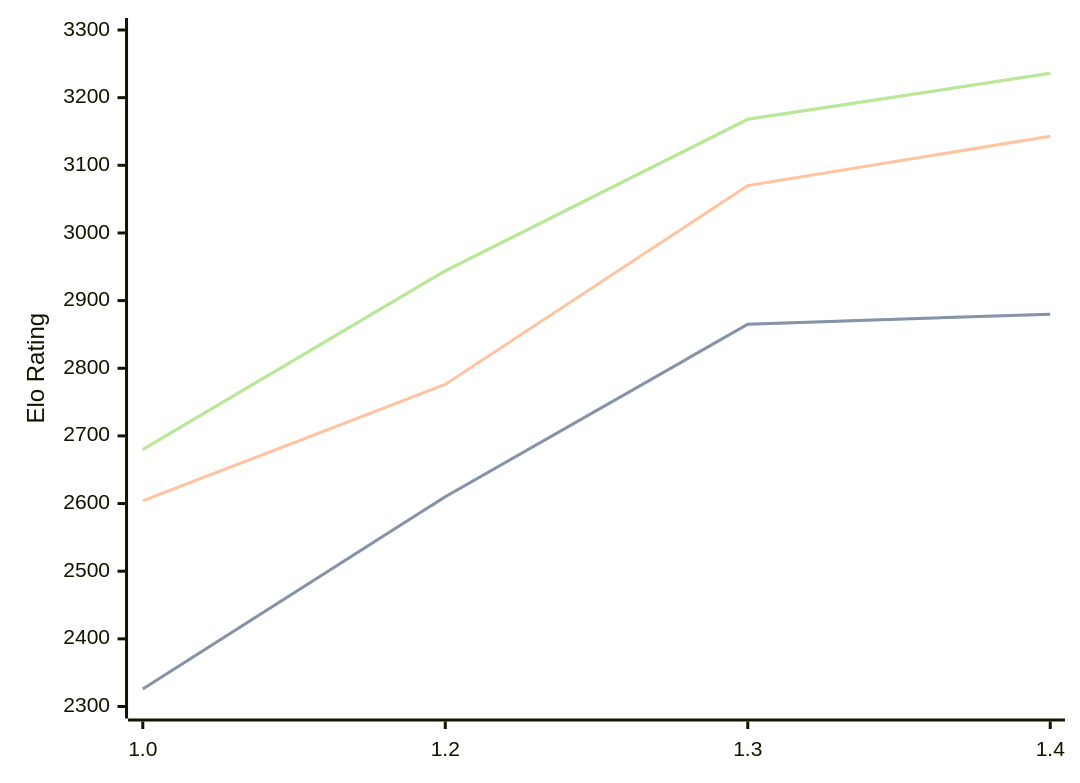
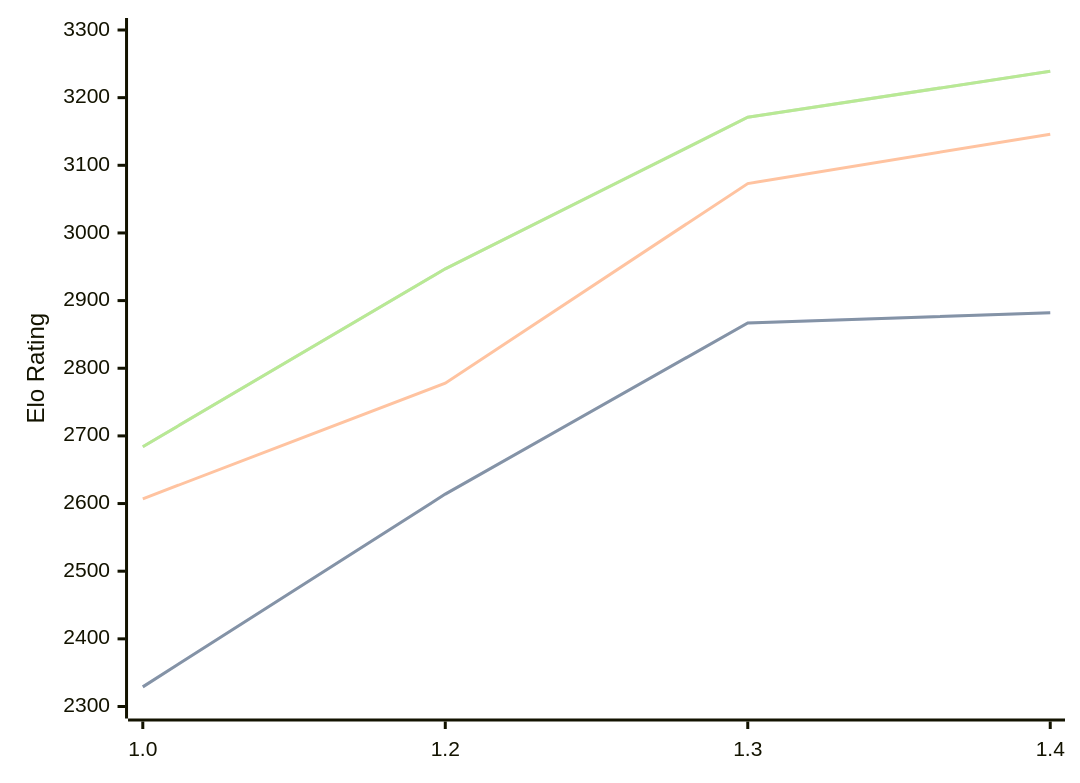
One commit to computer-chess-index/cci changed the diagram in engines/Chessnix.md. Above: the diagram before and after it, drawn with Mermaid. The commit also changed other lines of this file, not shown here.

Commit message:
Update CCI Ratings (ELO VLTC) - 2026-09-24

````diff
--- a/engines/Chessnix.md
+++ b/engines/Chessnix.md
@@ -34,11 +34,11 @@
 ```mermaid
 %%{init: {"theme":"base","themeVariables":{"seriesColors:['#a3a3a3','#222221','#faa371']}}}%%
 xychart-beta
   x-axis ["1.0", "1.2", "1.3", "1.4"]
   y-axis "Elo Rating" 2300 --> 3300
-  line "" [2326, 2610, 2865, 2880]
-  line "STC (8.0+0.08s)" [2326, 2610, 2865, 2880]
-  line "LTC (60.0+0.60s)" [2604, 2776, 3070, 3143]
-  line "" [2680, 2944, 3168, 3236]
-  line "VLTC (2m24s+1.12s)" [2680, 2944, 3168, 3236]
+  line "" [2329, 2614, 2867, 2882]
+  line "STC (8.0+0.08s)" [2329, 2614, 2867, 2882]
+  line "LTC (60.0+0.60s)" [2607, 2778, 3073, 3146]
+  line "" [2684, 2947, 3171, 3239]
+  line "VLTC (2m24s+1.12s)" [2684, 2947, 3171, 3239]
 ```
````
